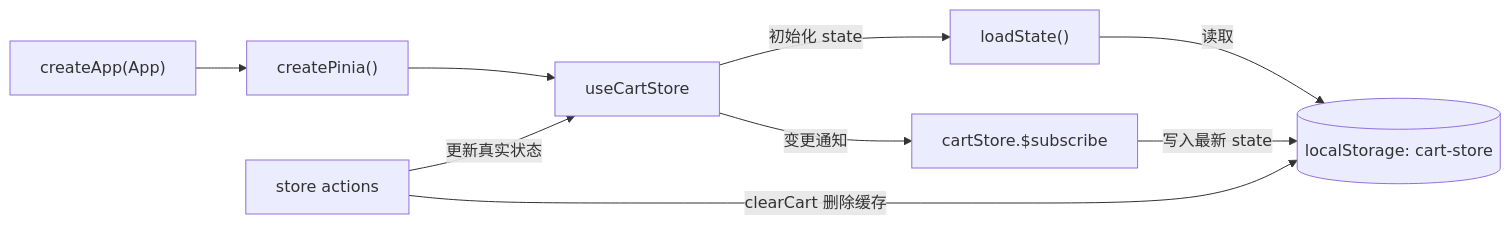
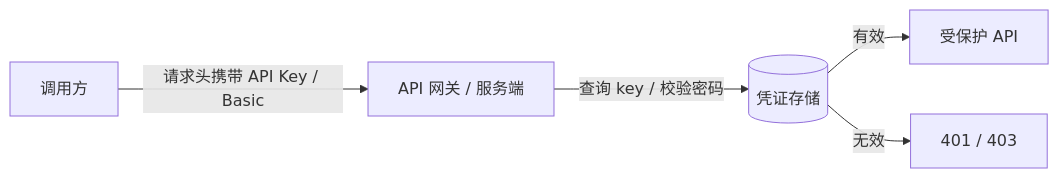
One commit to XGAN4869/ObsidianNoteForCoding2026 changed the sixth of 8 diagrams in travelKnowledge/我的整理/Vue Components Communication 整理/cookieTokenSSO/Cookie  WebStorage  Token SVG 结构化图谱.md. Above: the diagram before and after it, drawn with Mermaid. The commit also changed other lines of this file, not shown here.

````diff
--- a/travelKnowledge/我的整理/Vue Components Communication 整理/cookieTokenSSO/Cookie  WebStorage  Token SVG 结构化图谱.md
+++ b/travelKnowledge/我的整理/Vue Components Communication 整理/cookieTokenSSO/Cookie  WebStorage  Token SVG 结构化图谱.md
@@ -345,11 +509,7 @@
 ```mermaid
 flowchart LR
-  APP_CREATE["createApp(App)"] --> PINIA_CREATE["createPinia()"]
-  PINIA_CREATE --> CART_STORE["useCartStore"]
-  CART_STORE -->|"初始化 state"| LOAD_STATE["loadState()"]
-  LOAD_STATE -->|"读取"| CART_STORAGE[("localStorage: cart-store")]
-  STORE_ACTIONS["store actions"] -->|"更新真实状态"| CART_STORE
-  CART_STORE -->|"变更通知"| SUBSCRIBE["cartStore.$subscribe"]
-  SUBSCRIBE -->|"写入最新 state"| CART_STORAGE
-  STORE_ACTIONS -->|"clearCart 删除缓存"| CART_STORAGE
+  CLIENT["调用方"] -->|"请求头携带 API Key / Basic"| GATEWAY["API 网关 / 服务端"]
+  GATEWAY -->|"查询 key / 校验密码"| KEY_STORE[("凭证存储")]
+  KEY_STORE -->|"有效"| RESOURCE["受保护 API"]
+  KEY_STORE -->|"无效"| REJECT["401 / 403"]
 ```
````
